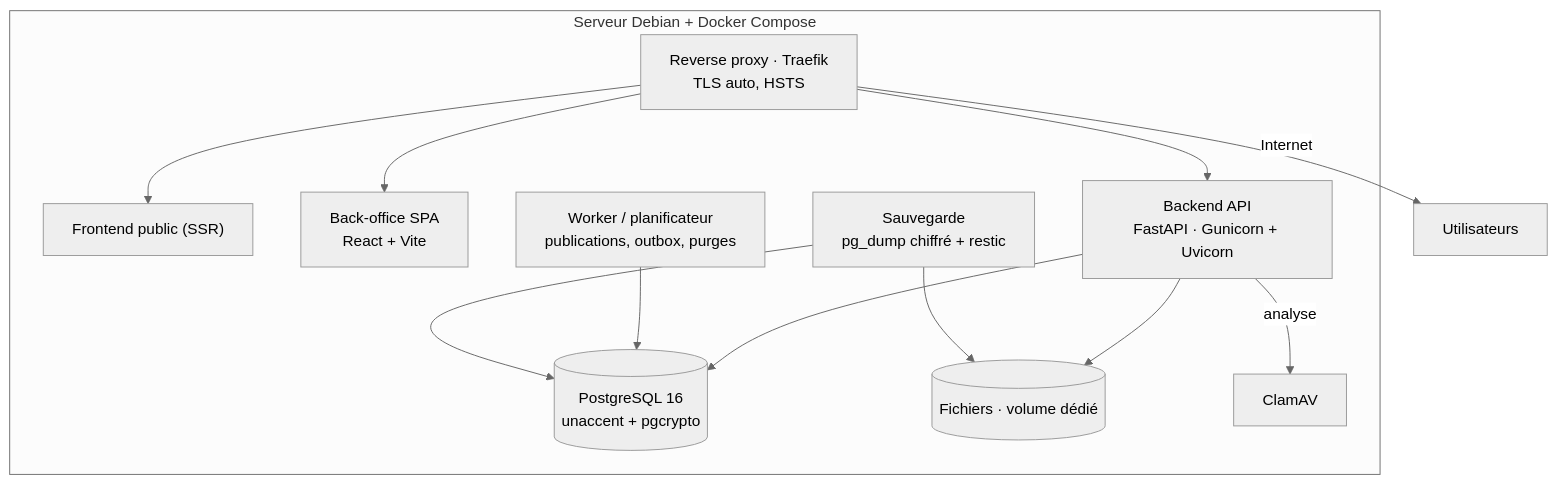
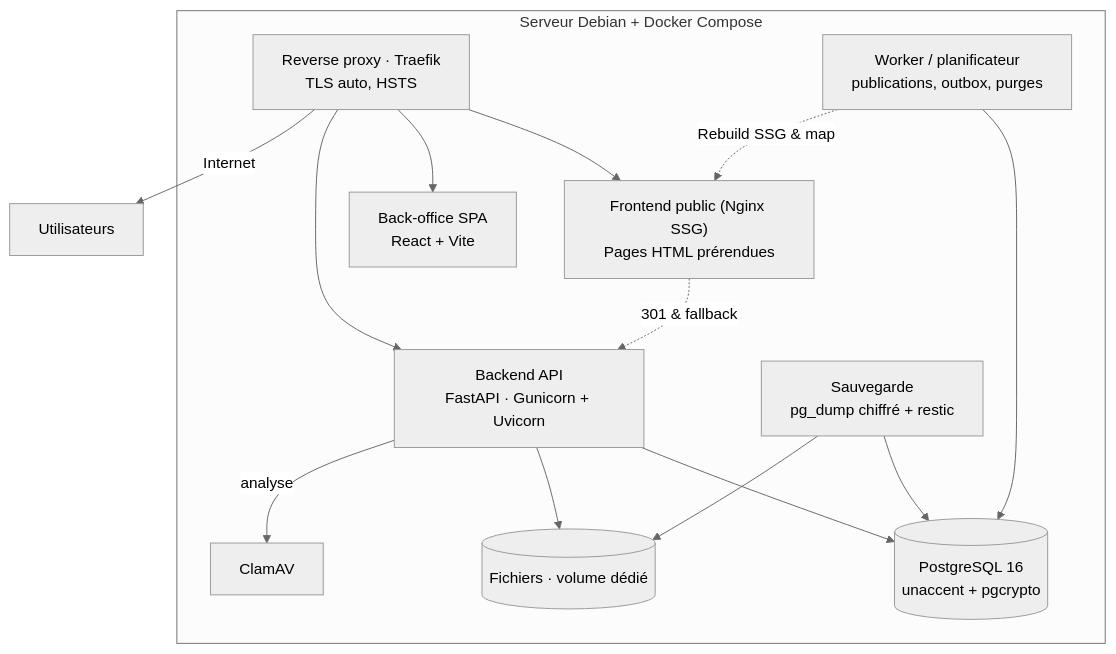
One commit to DonArhouna/Exauce changed the second of 3 diagrams in Analyse/modelisation/docs/11-architecture.md. Above: the diagram before and after it, drawn with Mermaid (neutral theme). The commit also changed other lines of this file and 1 other file, not shown here.

Commit message:
docs(analyse): specification du mapping de redirections 301 Nginx et du pipeline de publication SSG atomique

````diff
--- a/Analyse/modelisation/docs/11-architecture.md
+++ b/Analyse/modelisation/docs/11-architecture.md
@@ -30,15 +30,17 @@
 ```mermaid
 flowchart TB
   subgraph HOST["Serveur Debian + Docker Compose"]
-    PX["Reverse proxy · Traefik<br/>TLS auto, HSTS"] --> FE["Frontend public (SSR)"]
+    PX["Reverse proxy · Traefik<br/>TLS auto, HSTS"] --> FE["Frontend public (Nginx SSG)<br/>Pages HTML prérendues"]
     PX --> BO["Back-office SPA<br/>React + Vite"]
     PX --> API["Backend API<br/>FastAPI · Gunicorn + Uvicorn"]
+    FE -. "301 & fallback" .-> API
     API --> DB[("PostgreSQL 16<br/>unaccent + pgcrypto")]
     API --> ST[("Fichiers · volume dédié")]
     API -- analyse --> CL["ClamAV"]
     WK["Worker / planificateur<br/>publications, outbox, purges"] --> DB
+    WK -. "Rebuild SSG & map" .-> FE
     BK["Sauvegarde<br/>pg_dump chiffré + restic"] --> DB
     BK --> ST
   end
   PX -- Internet --> U["Utilisateurs"]
 ```
````
